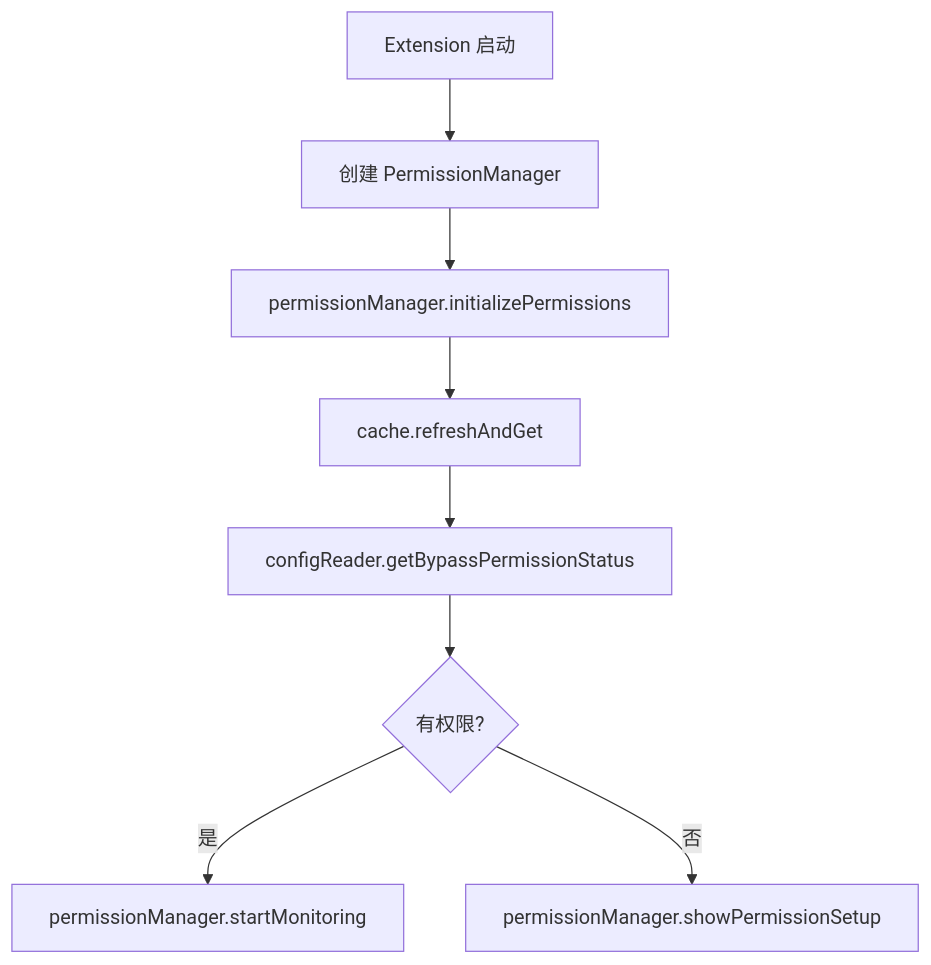
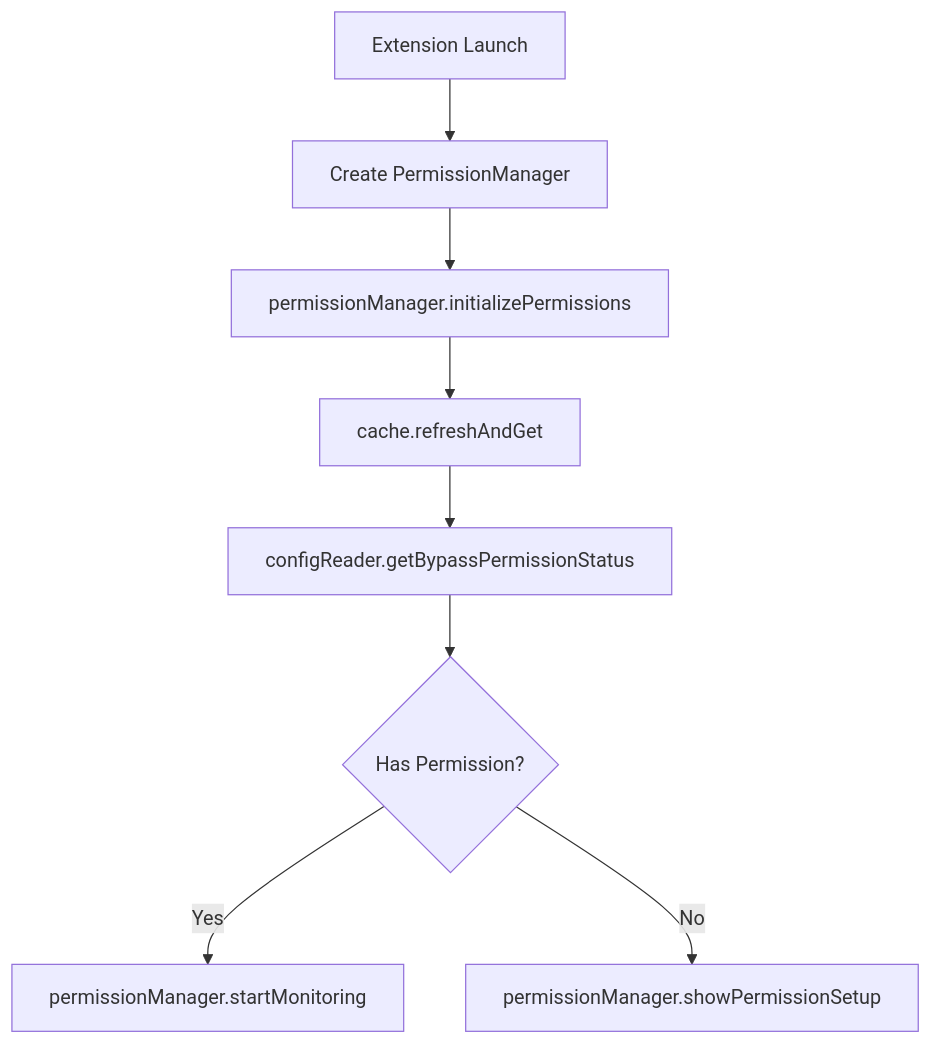
One commit to Cracken-1/sweetnpuffy changed the third of 3 diagrams in .claude/agents/kfc/spec-design.md. Above: the diagram before and after it, drawn with Mermaid. The commit also changed other lines of this file and 32 other files, not shown here.

````diff
--- a/.claude/agents/kfc/spec-design.md
+++ b/.claude/agents/kfc/spec-design.md
@@ -87,13 +87,13 @@
 ```mermaid
 flowchart TD
-    A[Extension 启动] --> B[创建 PermissionManager]
+    A[Extension Launch] --> B[Create PermissionManager]
     B --> C[permissionManager.initializePermissions]
     C --> D[cache.refreshAndGet]
     D --> E[configReader.getBypassPermissionStatus]
-    E --> F{有权限?}
-    F -->|是| G[permissionManager.startMonitoring]
-    F -->|否| H[permissionManager.showPermissionSetup]
+    E --> F{Has Permission?}
+    F -->|Yes| G[permissionManager.startMonitoring]
+    F -->|No| H[permissionManager.showPermissionSetup]
     
-    %% 注意：直接引用前面定义的接口方法
-    %% 这样可以保证设计的一致性和可追溯性
+    %% Note: Directly reference the interface methods defined earlier
+    %% This ensures design consistency and traceability
 ```
````
